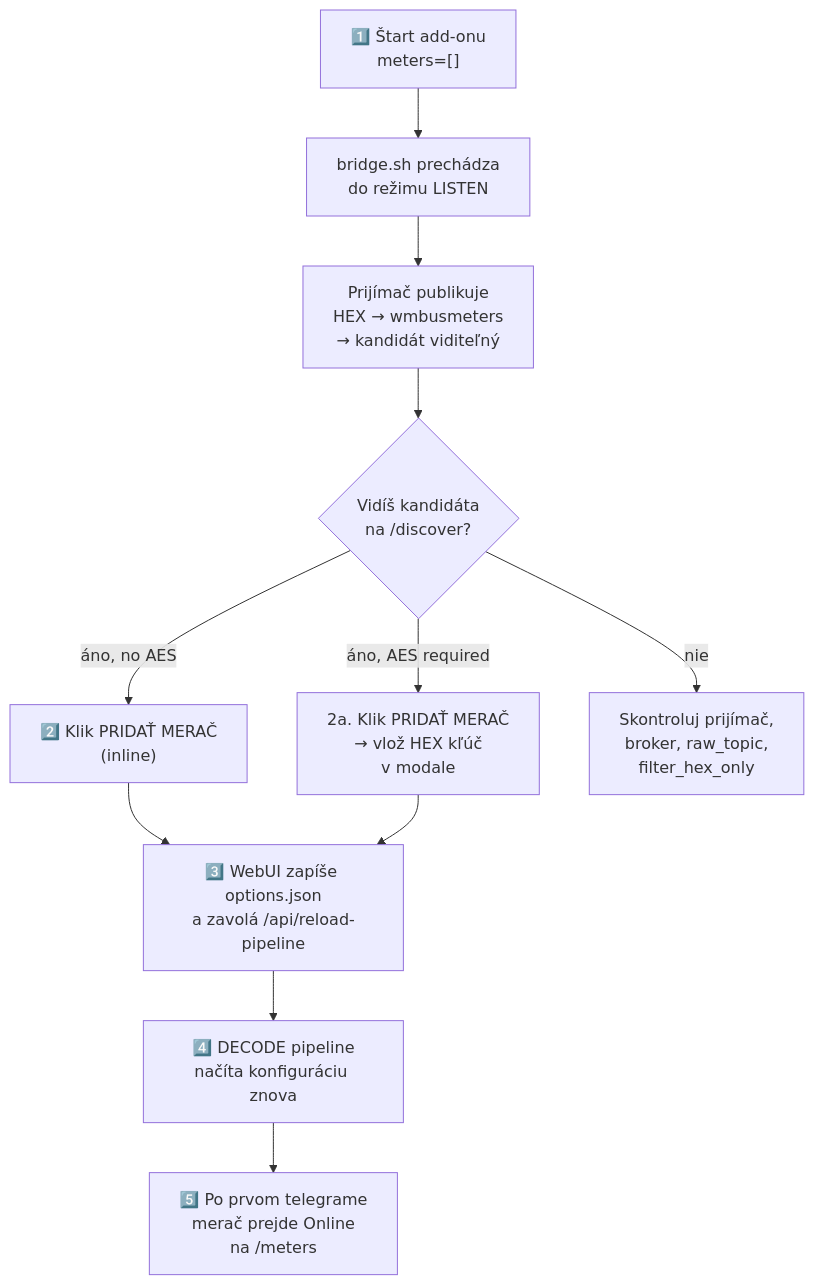
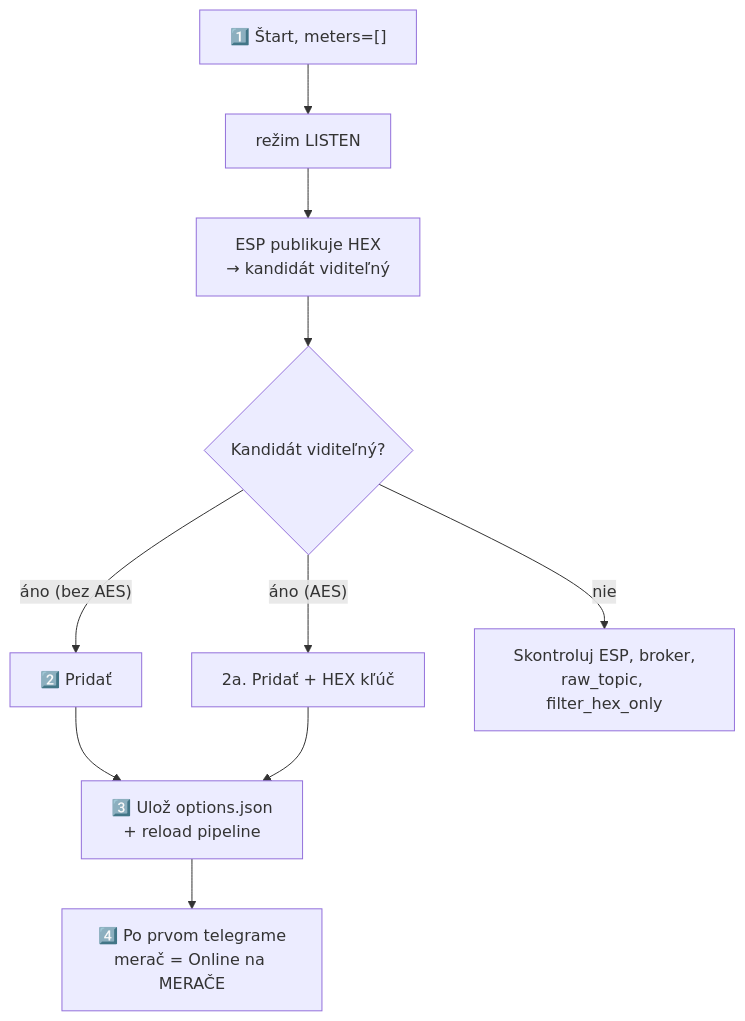
The second of 2 diagrams in docs/README.sk.md (Kustonium/homeassistant-wmbus-mqtt-bridge-dev), drawn with Mermaid before and after one commit. The commit also changed other lines of this file and 4 other files, not shown here.

First line of the commit message:
docs: slim README.{en,de,cs,sk} to user guides; link ARCHITECTURE.md from root

````diff
--- a/docs/README.sk.md
+++ b/docs/README.sk.md
@@ -321,13 +159,12 @@
 ```mermaid
 flowchart TD
-  A["1️⃣ Štart add-onu<br/>meters=[]"] --> B["bridge.sh prechádza<br/>do režimu LISTEN"]
-  B --> C["Prijímač publikuje<br/>HEX → wmbusmeters<br/>→ kandidát viditeľný"]
-  C --> D{"Vidíš kandidáta<br/>na /discover?"}
-  D -- "áno, no AES" --> E["2️⃣ Klik PRIDAŤ MERAČ<br/>(inline)"]
-  D -- "áno, AES required" --> F["2a. Klik PRIDAŤ MERAČ<br/>→ vlož HEX kľúč<br/>v modale"]
-  D -- "nie" --> G["Skontroluj prijímač,<br/>broker, raw_topic,<br/>filter_hex_only"]
-  E --> H["3️⃣ WebUI zapíše options.json<br/>a zavolá /api/reload-pipeline"]
+  A["1️⃣ Štart, meters=[]"] --> B["režim LISTEN"]
+  B --> C["ESP publikuje HEX<br/>→ kandidát viditeľný"]
+  C --> D{"Kandidát viditeľný?"}
+  D -- "áno (bez AES)" --> E["2️⃣ Pridať"]
+  D -- "áno (AES)" --> F["2a. Pridať + HEX kľúč"]
+  D -- "nie" --> G["Skontroluj ESP, broker,<br/>raw_topic, filter_hex_only"]
+  E --> H["3️⃣ Ulož options.json<br/>+ reload pipeline"]
   F --> H
-  H --> I["4️⃣ DECODE pipeline<br/>načíta konfiguráciu znova"]
-  I --> J["5️⃣ Po prvom telegrame<br/>merač prejde Online<br/>na /meters"]
+  H --> I["4️⃣ Po prvom telegrame<br/>merač = Online na MERAČE"]
 ```
````
